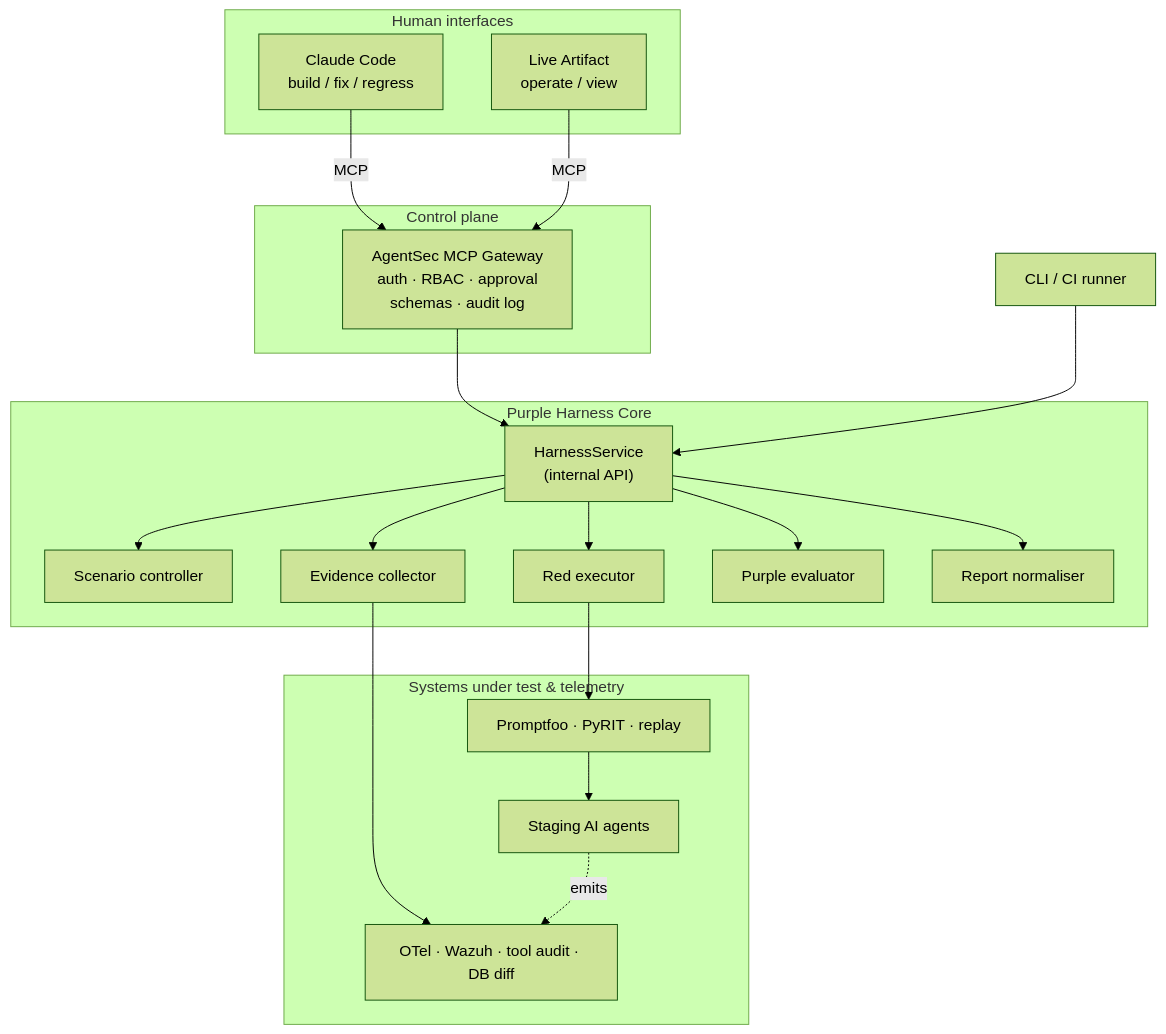
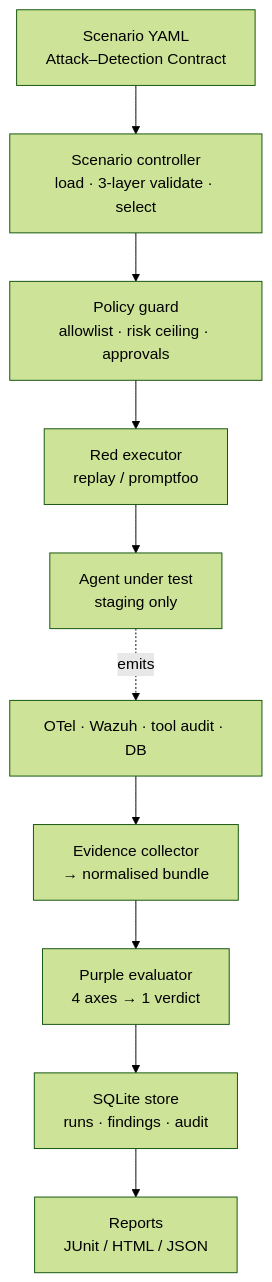
One commit to trionnemesis/AgentSec changed the diagram in README.md. Above: the diagram before and after it, drawn with Mermaid (forest theme). The commit also changed other lines of this file and 1 other file, not shown here.

````diff
--- a/README.md
+++ b/README.md
@@ -34,37 +73,12 @@
 ```mermaid
 flowchart TD
-    subgraph human["Human interfaces"]
-        CC["Claude Code<br/>build / fix / regress"]
-        LA["Live Artifact<br/>operate / view"]
-    end
-
-    subgraph control["Control plane"]
-        GW["AgentSec MCP Gateway<br/>auth · RBAC · approval<br/>schemas · audit log"]
-    end
-
-    subgraph core["Purple Harness Core"]
-        SVC["HarnessService<br/>(internal API)"]
-        SC["Scenario controller"]
-        RX["Red executor"]
-        EV["Evidence collector"]
-        PE["Purple evaluator"]
-        RN["Report normaliser"]
-    end
-
-    subgraph ext["Systems under test & telemetry"]
-        PF["Promptfoo · PyRIT · replay"]
-        OT["OTel · Wazuh · tool audit · DB diff"]
-        AG["Staging AI agents"]
-    end
-
-    CLI["CLI / CI runner"]
-
-    CC -- MCP --> GW
-    LA -- MCP --> GW
-    GW --> SVC
-    CLI --> SVC
-    SVC --> SC & RX & EV & PE & RN
-    RX --> PF --> AG
-    EV --> OT
-    AG -.emits.-> OT
+    A["Scenario YAML<br/>Attack–Detection Contract"] --> B["Scenario controller<br/>load · 3-layer validate · select"]
+    B --> C["Policy guard<br/>allowlist · risk ceiling · approvals"]
+    C --> D["Red executor<br/>replay / promptfoo"]
+    D --> E["Agent under test<br/>staging only"]
+    E -.emits.-> F["OTel · Wazuh · tool audit · DB"]
+    F --> G["Evidence collector<br/>→ normalised bundle"]
+    G --> H["Purple evaluator<br/>4 axes → 1 verdict"]
+    H --> I["SQLite store<br/>runs · findings · audit"]
+    I --> J["Reports<br/>JUnit / HTML / JSON"]
 ```
````
